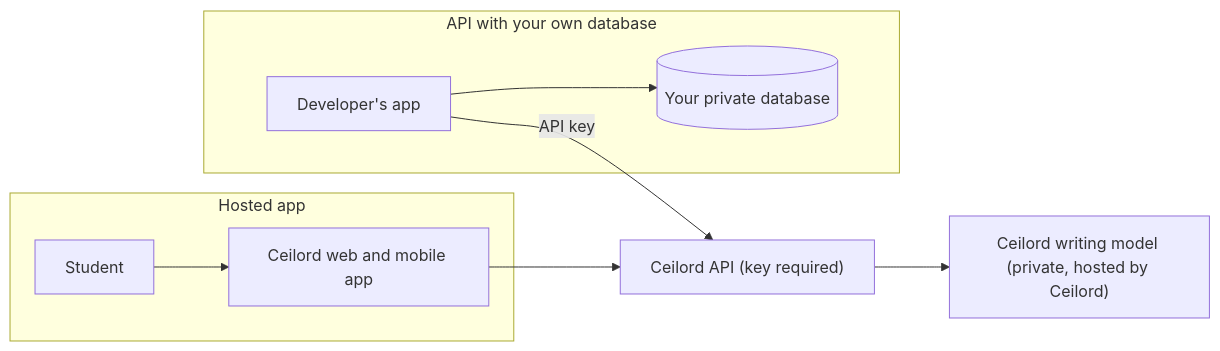
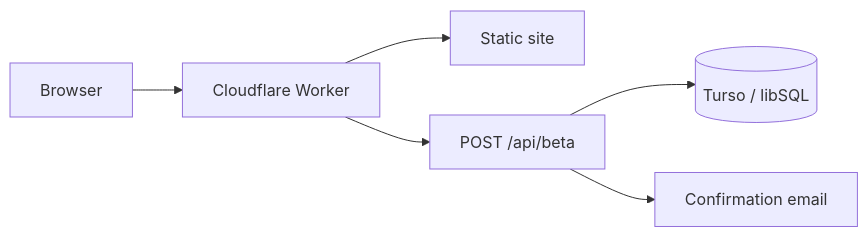
One commit to ceilord/ceilord changed the diagram in README.md. Above: the diagram before and after it, drawn with Mermaid. The commit also changed other lines of this file and 2 other files, not shown here.

Commit message:
README: plain-language rewrite, two ways to use Ceilord

````diff
--- a/README.md
+++ b/README.md
@@ -57,12 +68,8 @@
 ```mermaid
 flowchart LR
-    subgraph A["Hosted app"]
-        S["Student"] --> APP["Ceilord web and mobile app"]
-    end
-    subgraph B["API with your own database"]
-        D["Developer's app"] --> DB[("Your private database")]
-    end
-    APP --> API["Ceilord API (key required)"]
-    D -->|"API key"| API
-    API --> M["Ceilord writing model (private, hosted by Ceilord)"]
+    B["Browser"] --> W["Cloudflare Worker"]
+    W --> S["Static site"]
+    W --> A["POST /api/beta"]
+    A --> D[("Turso / libSQL")]
+    A --> E["Confirmation email"]
 ```
````
